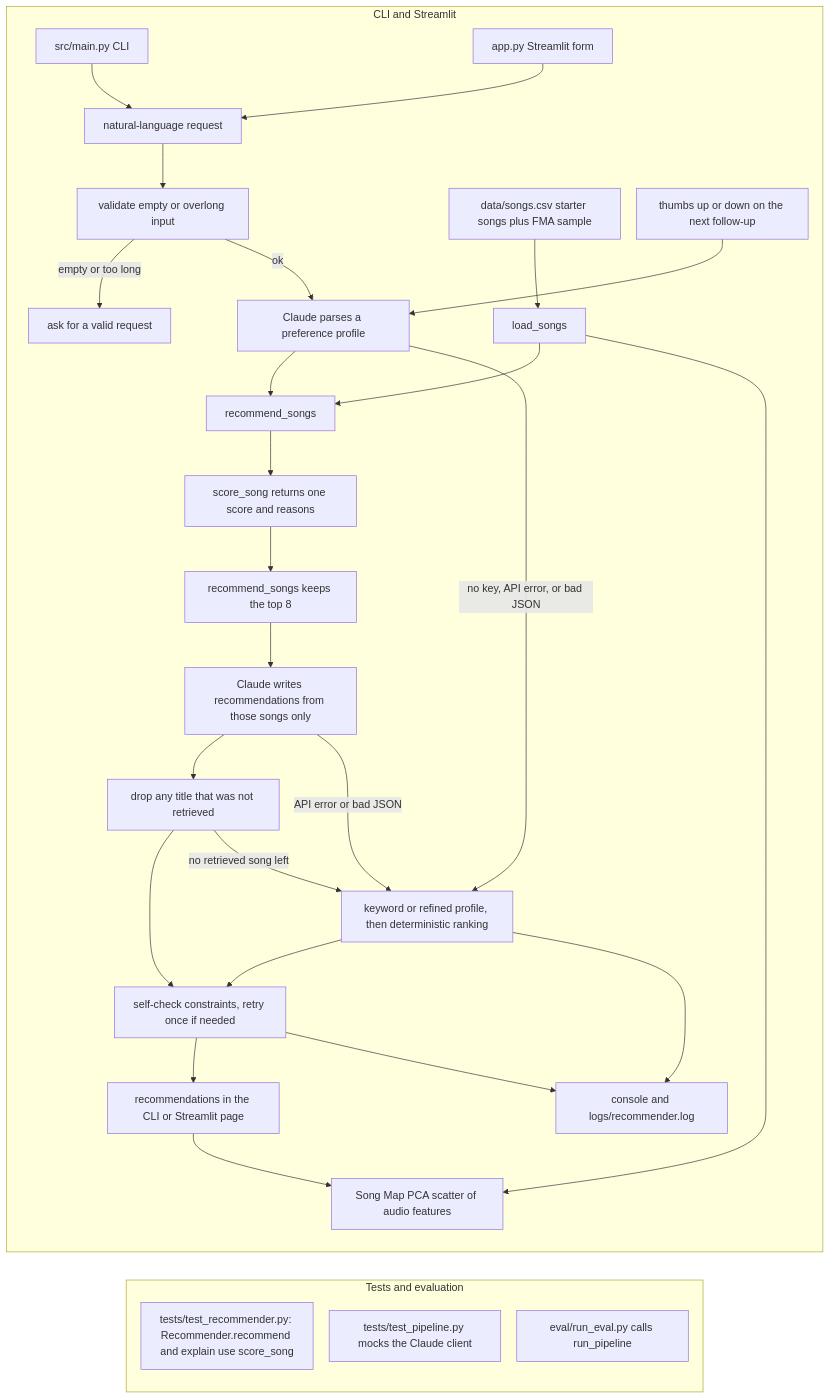
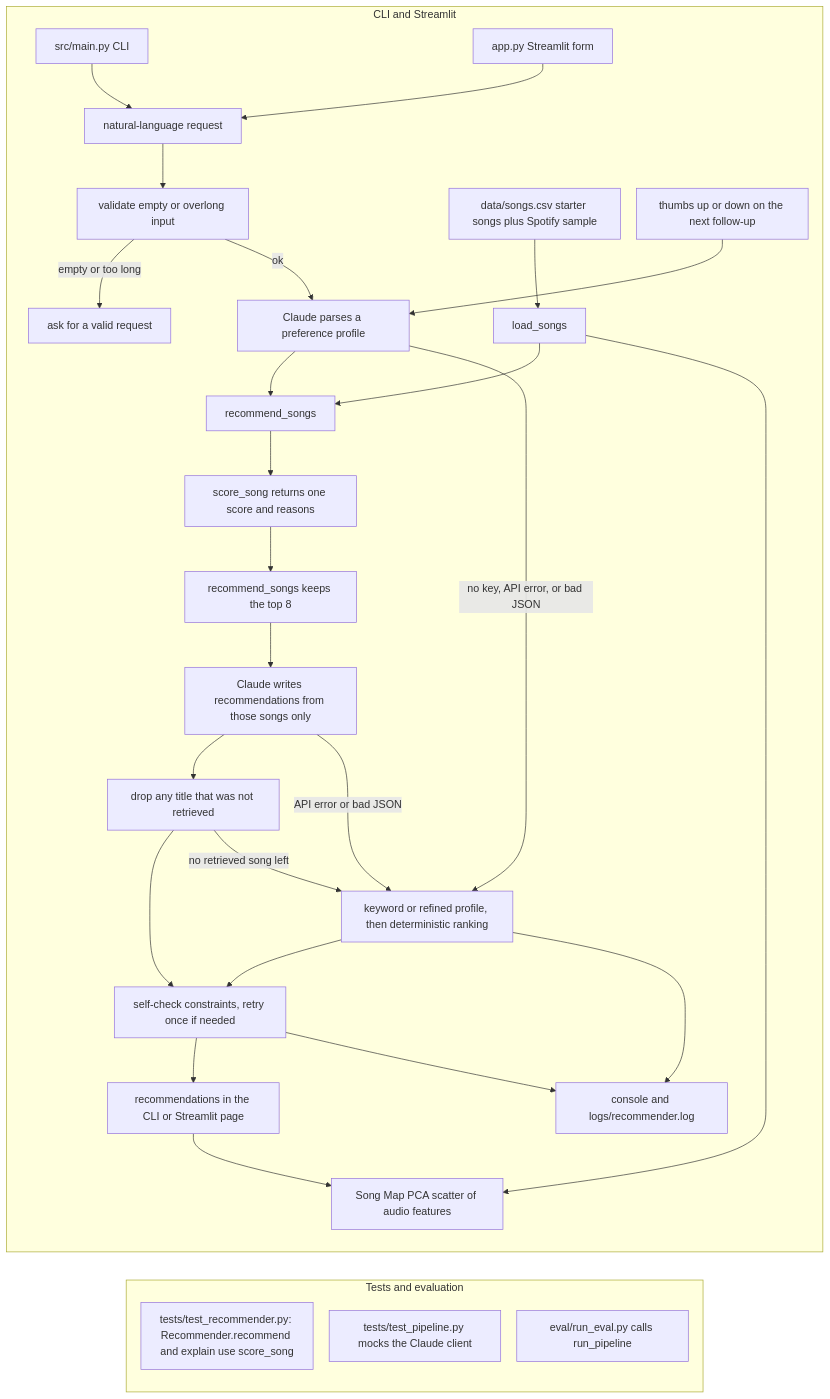
One commit to ThePurpleClub/applied-ai-system-project changed the diagram in diagrams/architecture.mmd. Above: the diagram before and after it, drawn with Mermaid. The commit also changed 17 other files, not shown here.

First line of the commit message:
Use real Spotify songs, a 3D song map, and pinned dependencies.

```diff
--- a/diagrams/architecture.mmd
+++ b/diagrams/architecture.mmd
@@ -1,37 +1,37 @@
 %%{init: {"flowchart": {"rankSpacing": 42, "nodeSpacing": 24, "padding": 14}}}%%
 flowchart TD
     subgraph app ["CLI and Streamlit"]
         direction TB
         cli["src/main.py CLI"] --> request["natural-language request"]
         ui["app.py Streamlit form"] --> request
         request --> checkLen["validate empty or overlong input"]
         checkLen -->|"empty or too long"| rejected["ask for a valid request"]
         checkLen -->|"ok"| parse["Claude parses a preference profile"]
-        csv["data/songs.csv starter songs plus FMA sample"] --> loadSongs["load_songs"]
+        csv["data/songs.csv starter songs plus Spotify sample"] --> loadSongs["load_songs"]
         parse --> retrieve["recommend_songs"]
         loadSongs --> retrieve
         retrieve --> score["score_song returns one score and reasons"]
         score --> topn["recommend_songs keeps the top 8"]
         topn --> generate["Claude writes recommendations from those songs only"]
         generate --> guard["drop any title that was not retrieved"]
         guard --> check["self-check constraints, retry once if needed"]
         check --> stdout["recommendations in the CLI or Streamlit page"]
         loadSongs --> songMap["Song Map PCA scatter of audio features"]
         stdout --> songMap
         feedback["thumbs up or down on the next follow-up"] --> parse
         parse -->|"no key, API error, or bad JSON"| fallback["keyword or refined profile, then deterministic ranking"]
         generate -->|"API error or bad JSON"| fallback
         guard -->|"no retrieved song left"| fallback
         fallback --> check
         check --> logs["console and logs/recommender.log"]
         fallback --> logs
     end
 
     subgraph checks ["Tests and evaluation"]
         direction TB
         recommenderTests["tests/test_recommender.py: Recommender.recommend and explain use score_song"]
         pipelineTests["tests/test_pipeline.py mocks the Claude client"]
         evalScript["eval/run_eval.py calls run_pipeline"]
     end
 
     app ~~~ checks
```
